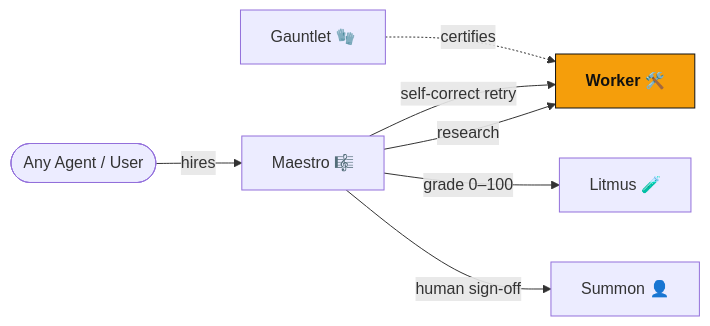
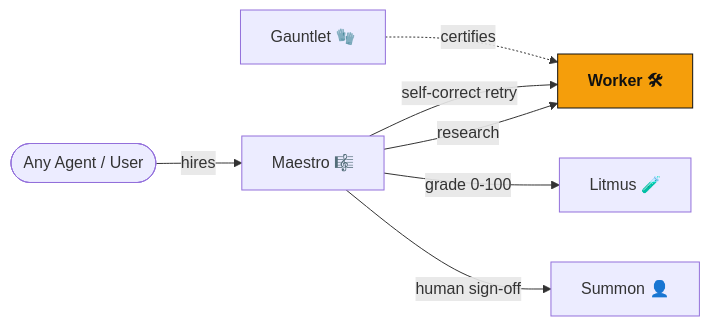
One commit to edycutjong/worker changed the diagram in README.md. Above: the diagram before and after it, drawn with Mermaid.

Commit message:
docs(readme): harden Constellation mermaid for GitHub
- en-dash 0–100 → hyphen 0-100; strip U+FE0F variation selector from 🛠️

- syntax verified valid in mermaid v10+v11; this de-risks GitHub's renderer + cache-busts

````diff
--- a/README.md
+++ b/README.md
@@ -52,11 +52,11 @@
 ```mermaid
 graph LR
     User([Any Agent / User]) -->|hires| M[Maestro 🎼]
-    M -->|research| W[Worker 🛠️]
+    M -->|research| W[Worker 🛠]
     M -->|self-correct retry| W
-    M -->|grade 0–100| L[Litmus 🧪]
+    M -->|grade 0-100| L[Litmus 🧪]
     M -->|human sign-off| S[Summon 👤]
     G[Gauntlet 🧤] -.->|certifies| W
     classDef hot fill:#F59E0B,stroke:#111,color:#111,font-weight:bold;
     class W hot;
 ```
````
